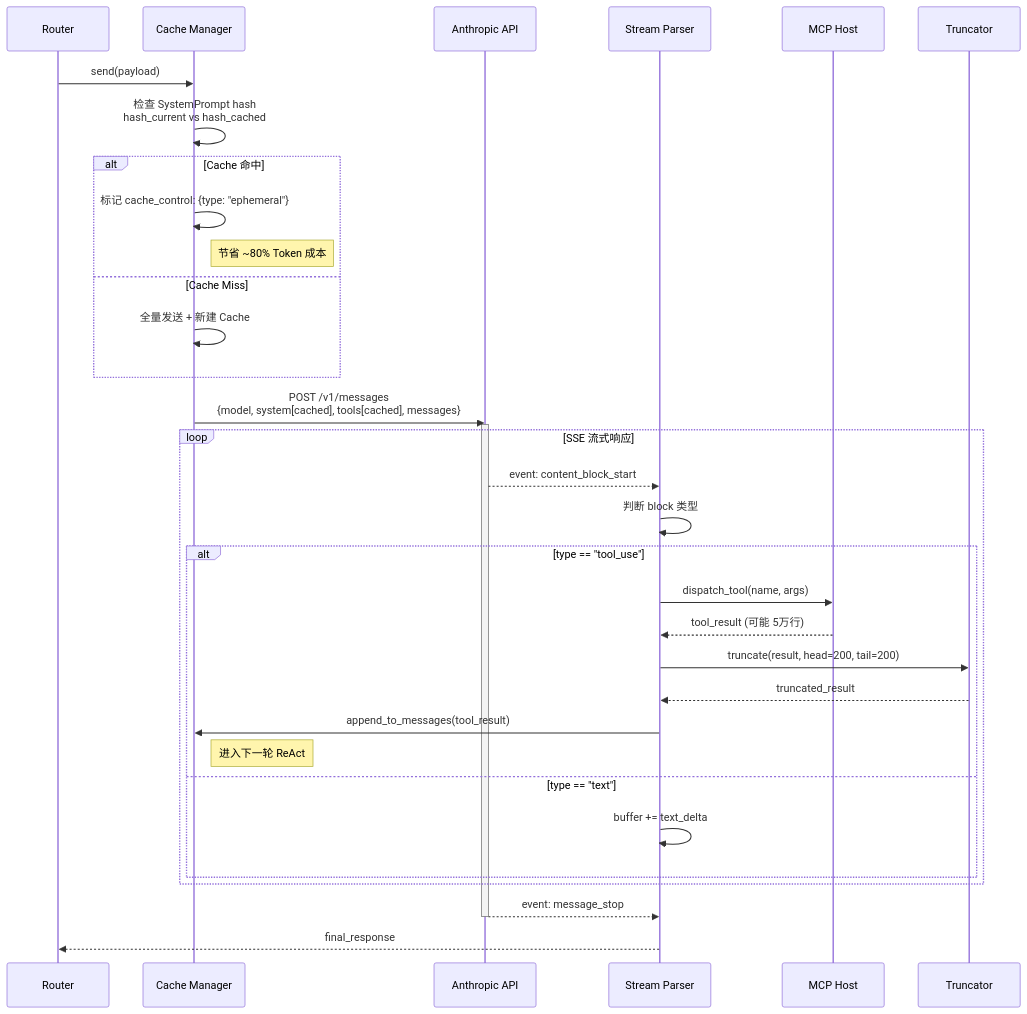
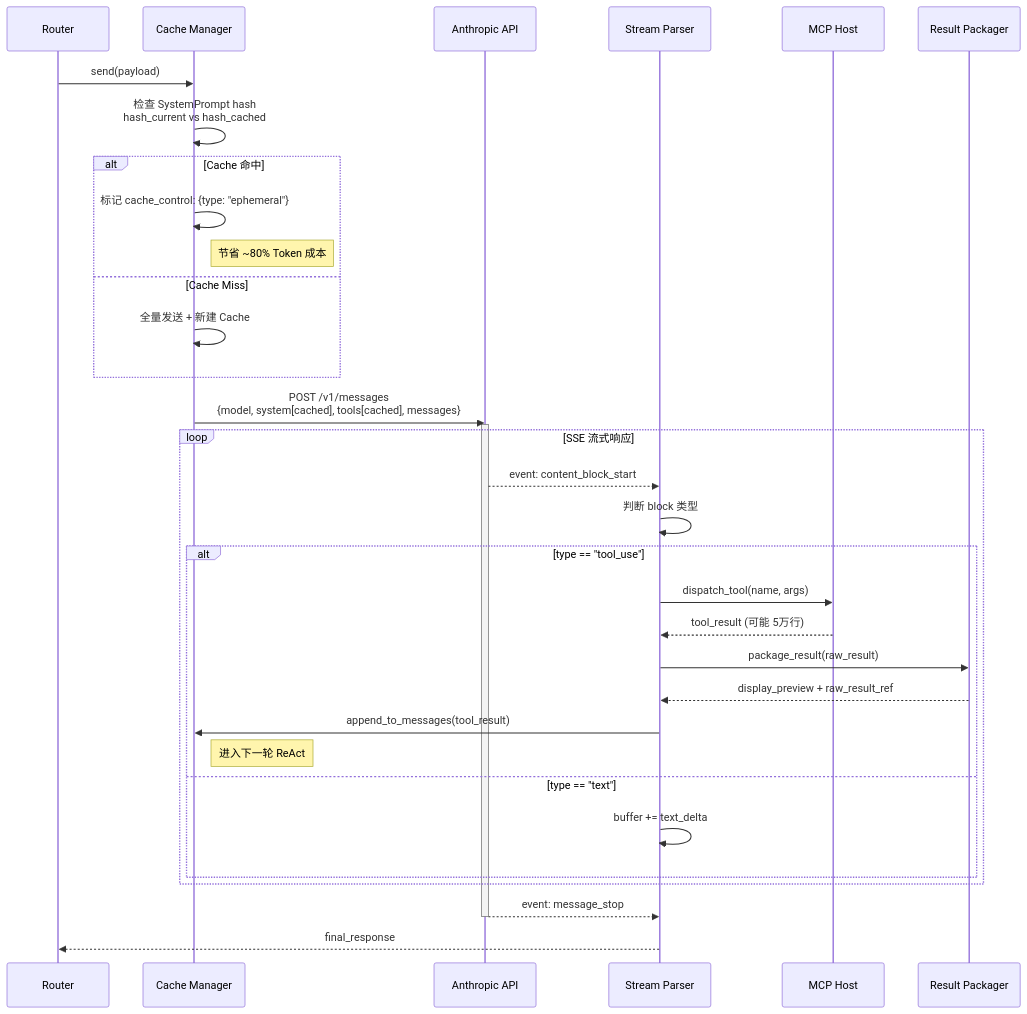
One commit to Yidhar/Embla_System changed the sixth of 17 diagrams in doc/11-brain-layer-modules.md. Above: the diagram before and after it, drawn with Mermaid. The commit also changed other lines of this file and 13 other files, not shown here.

Commit message:
docs: refresh architecture specs and security blindspot baseline

````diff
--- a/doc/11-brain-layer-modules.md
+++ b/doc/11-brain-layer-modules.md
@@ -312,42 +312,42 @@
 ```mermaid
 sequenceDiagram
     participant RT as Router
     participant CACHE as Cache Manager
     participant API as Anthropic API
     participant STREAM as Stream Parser
     participant MCP as MCP Host
-    participant TRUNC as Truncator
+    participant TRUNC as Result Packager
 
     RT->>CACHE: send(payload)
 
     CACHE->>CACHE: 检查 SystemPrompt hash<br/>hash_current vs hash_cached
     alt Cache 命中
         CACHE->>CACHE: 标记 cache_control: {type: "ephemeral"}
         Note right of CACHE: 节省 ~80% Token 成本
     else Cache Miss
         CACHE->>CACHE: 全量发送 + 新建 Cache
     end
 
     CACHE->>API: POST /v1/messages<br/>{model, system[cached], tools[cached], messages}
     activate API
 
     loop SSE 流式响应
         API-->>STREAM: event: content_block_start
         STREAM->>STREAM: 判断 block 类型
 
         alt type == "tool_use"
             STREAM->>MCP: dispatch_tool(name, args)
             MCP-->>STREAM: tool_result (可能 5万行)
-            STREAM->>TRUNC: truncate(result, head=200, tail=200)
-            TRUNC-->>STREAM: truncated_result
+            STREAM->>TRUNC: package_result(raw_result)
+            TRUNC-->>STREAM: display_preview + raw_result_ref
             STREAM->>CACHE: append_to_messages(tool_result)
             Note right of CACHE: 进入下一轮 ReAct
         else type == "text"
             STREAM->>STREAM: buffer += text_delta
         end
     end
 
     API-->>STREAM: event: message_stop
     deactivate API
     STREAM-->>RT: final_response
 ```
````
